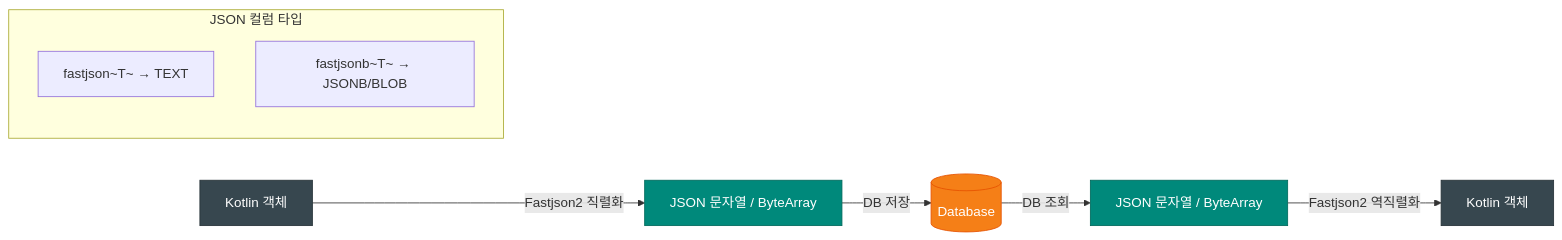
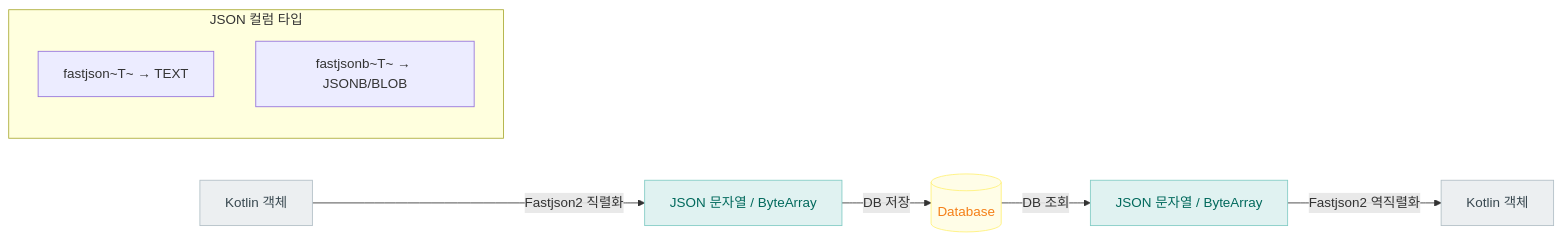
The third of 3 diagrams in data/exposed-fastjson2/README.ko.md (bluetape4k/bluetape4k-projects), drawn with Mermaid before and after one commit. The commit also changed other lines of this file and 219 other files, not shown here.

First line of the commit message:
docs: 전체 README Mermaid 다이어그램 가이드 적용

````diff
--- a/data/exposed-fastjson2/README.ko.md
+++ b/data/exposed-fastjson2/README.ko.md
@@ -196,22 +196,22 @@
 ```mermaid
 flowchart LR
     A[Kotlin 객체] -->|Fastjson2 직렬화| B[JSON 문자열 / ByteArray]
     B -->|DB 저장| C[(Database)]
     C -->|DB 조회| D[JSON 문자열 / ByteArray]
     D -->|Fastjson2 역직렬화| E[Kotlin 객체]
 
     subgraph JSON 컬럼 타입
         F["fastjson~T~ → TEXT"]
         G["fastjsonb~T~ → JSONB/BLOB"]
     end
 
-    classDef objectStyle fill:#37474F,stroke:#263238,color:#FFFFFF
-    classDef processStyle fill:#00897B,stroke:#00695C,color:#FFFFFF
-    classDef dbStyle fill:#F57F17,stroke:#E65100,color:#FFFFFF
+    classDef objectStyle fill:#ECEFF1,stroke:#B0BEC5,color:#37474F
+    classDef processStyle fill:#E0F2F1,stroke:#80CBC4,color:#00695C
+    classDef dbStyle fill:#FFFDE7,stroke:#FFF176,color:#F57F17
 
     class A objectStyle
     class E objectStyle
     class B processStyle
     class D processStyle
     class C dbStyle
 ```
````
